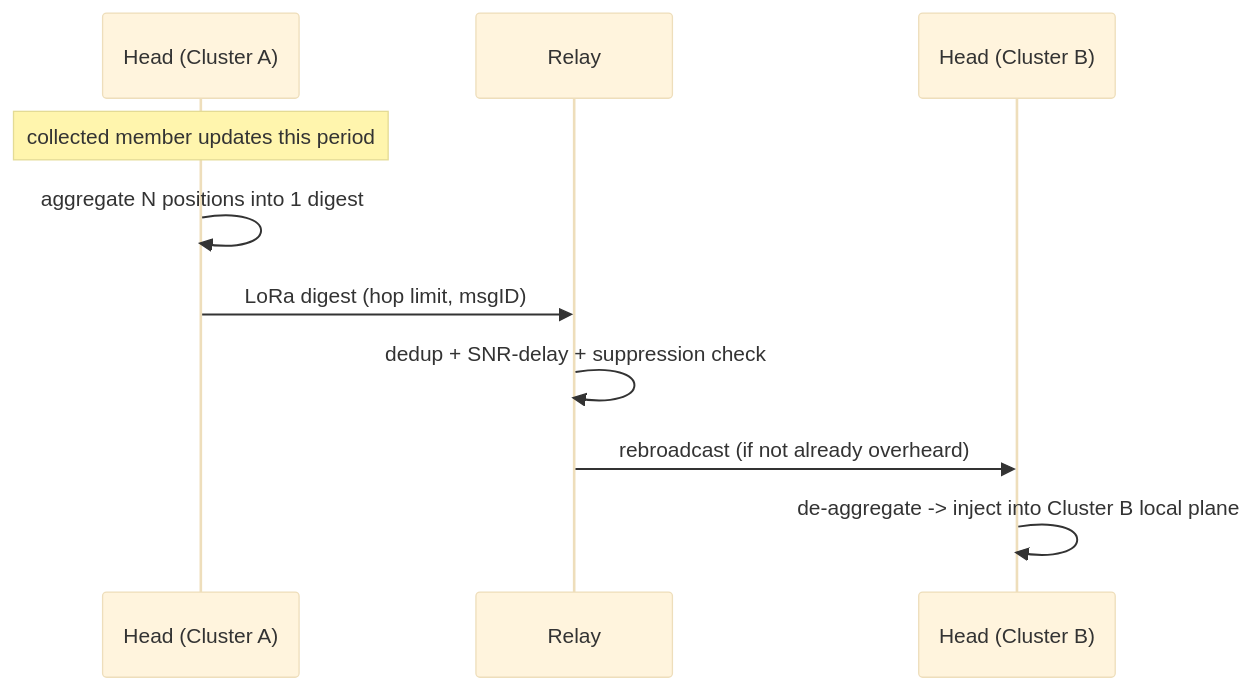
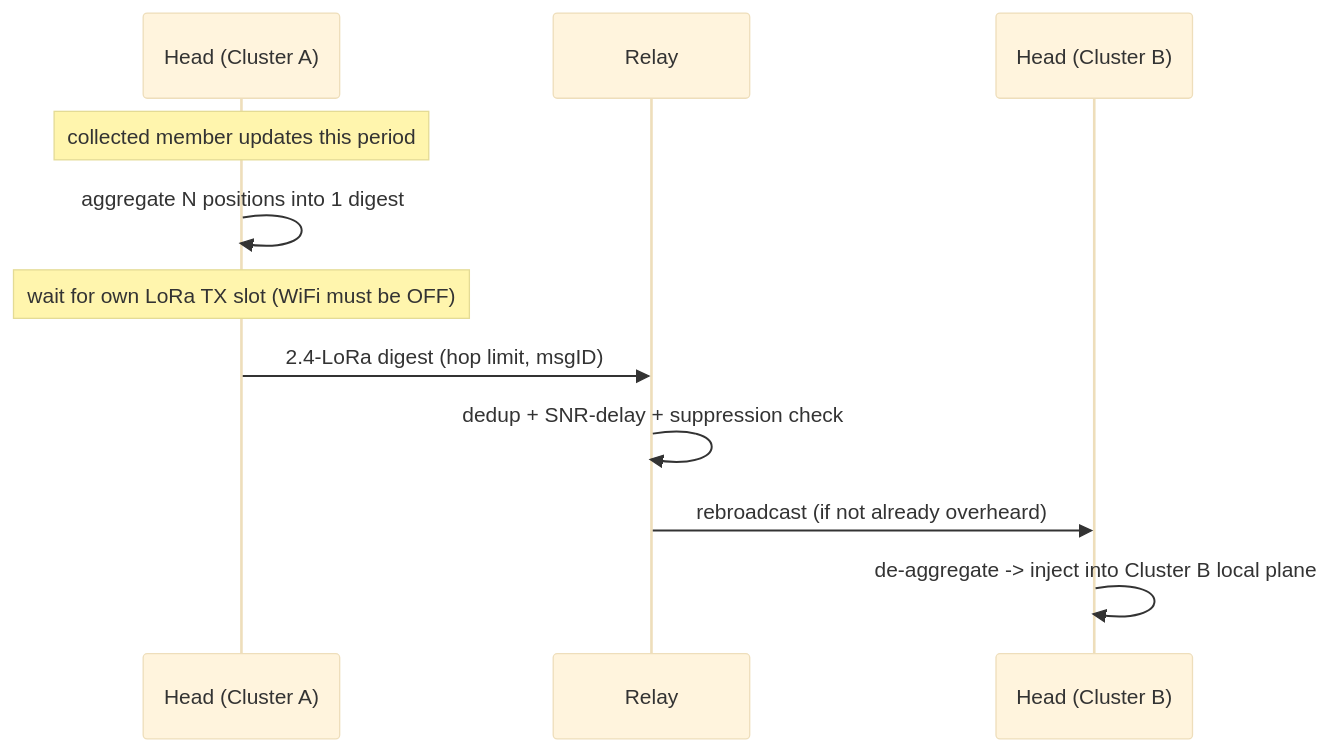
Before and after one commit to snokvist/esp32-supermini-projects: the second of 4 diagrams in docs/hybrid-mesh/04-architecture.md, drawn with Mermaid (base theme). The commit also changed other lines of this file and 10 other files, not shown here.

````diff
--- a/docs/hybrid-mesh/04-architecture.md
+++ b/docs/hybrid-mesh/04-architecture.md
@@ -139,12 +166,13 @@
 ```mermaid
 sequenceDiagram
     participant H as Head (Cluster A)
     participant R as Relay
     participant H2 as Head (Cluster B)
     Note over H: collected member updates this period
     H->>H: aggregate N positions into 1 digest
-    H->>R: LoRa digest (hop limit, msgID)
+    Note over H: wait for own LoRa TX slot (WiFi must be OFF)
+    H->>R: 2.4-LoRa digest (hop limit, msgID)
     R->>R: dedup + SNR-delay + suppression check
     R->>H2: rebroadcast (if not already overheard)
     H2->>H2: de-aggregate -> inject into Cluster B local plane
 ```
````
